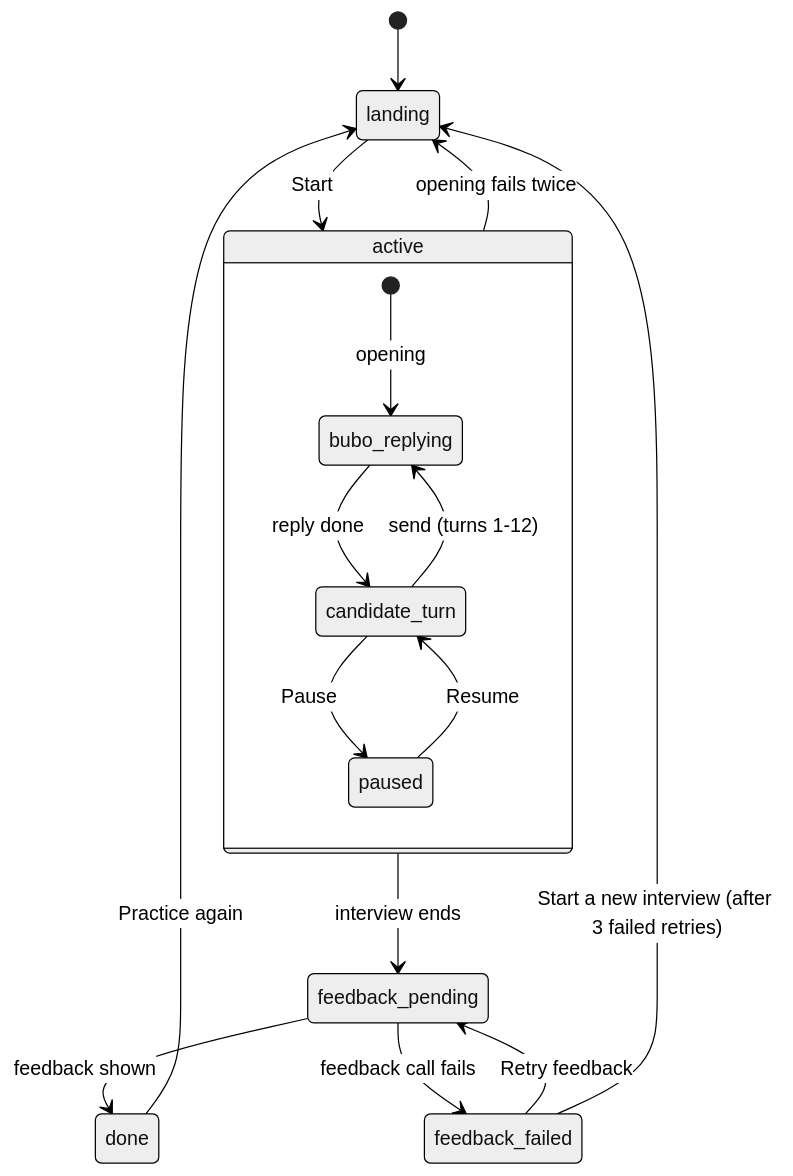
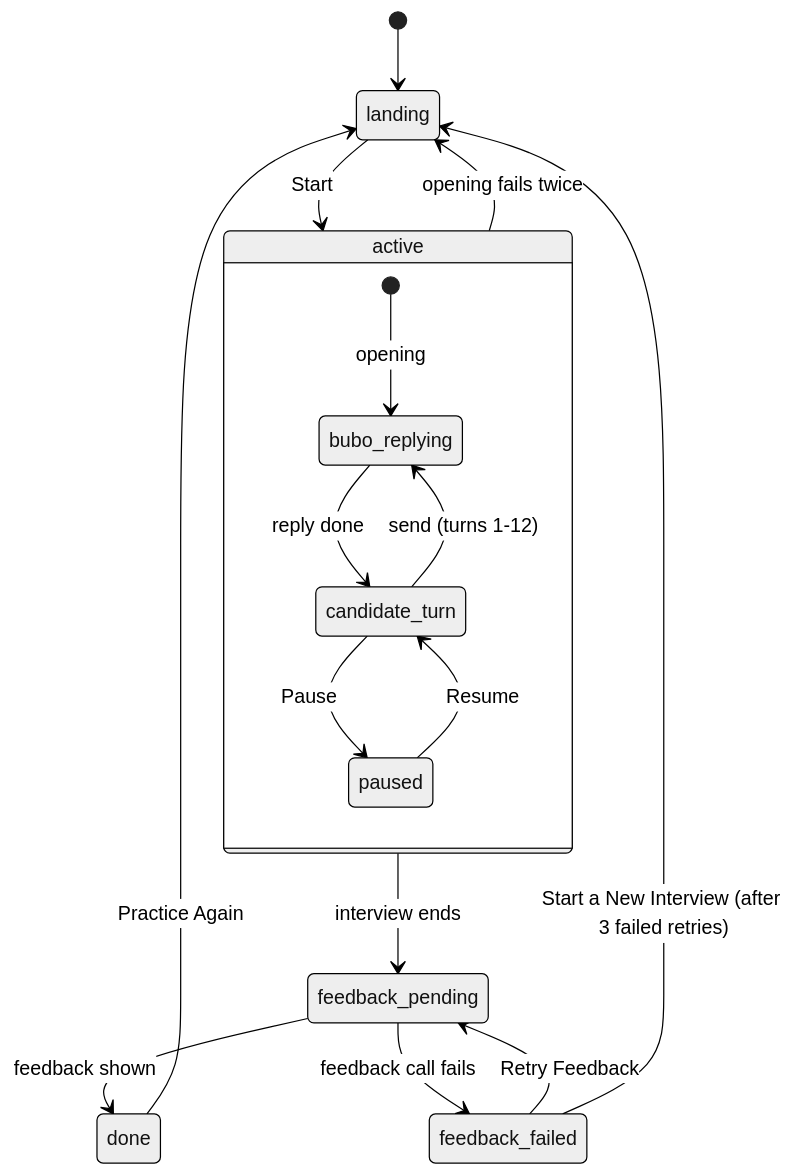
The first of 3 diagrams in docs/flow.md (kat-perreira/interview-buddy), drawn with Mermaid (neutral theme) before and after one commit. The commit also changed other lines of this file and 15 other files, not shown here.

Commit message:
Practice Again, thank-you, leave-page warning; Title Case buttons

````diff
--- a/docs/flow.md
+++ b/docs/flow.md
@@ -5,21 +5,21 @@
 ```mermaid
 stateDiagram-v2
     [*] --> landing
     landing --> active: Start
     active --> landing: opening fails twice
 
     state active {
         [*] --> bubo_replying: opening
         bubo_replying --> candidate_turn: reply done
         candidate_turn --> bubo_replying: send (turns 1-12)
         candidate_turn --> paused: Pause
         paused --> candidate_turn: Resume
     }
 
     active --> feedback_pending: interview ends
     feedback_pending --> done: feedback shown
     feedback_pending --> feedback_failed: feedback call fails
-    feedback_failed --> feedback_pending: Retry feedback
-    feedback_failed --> landing: Start a new interview (after 3 failed retries)
-    done --> landing: Practice again
+    feedback_failed --> feedback_pending: Retry Feedback
+    feedback_failed --> landing: Start a New Interview (after 3 failed retries)
+    done --> landing: Practice Again
 ```
````
